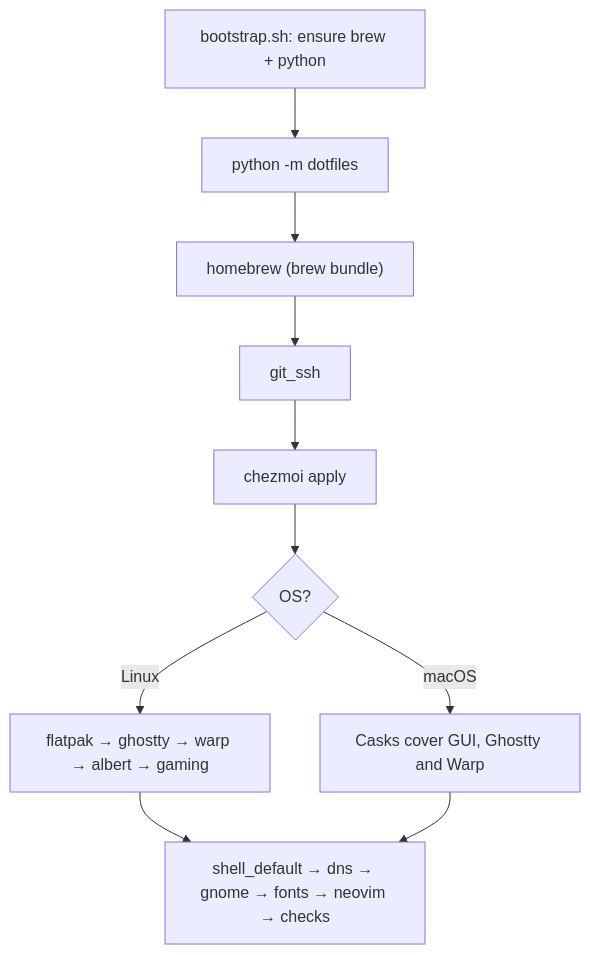
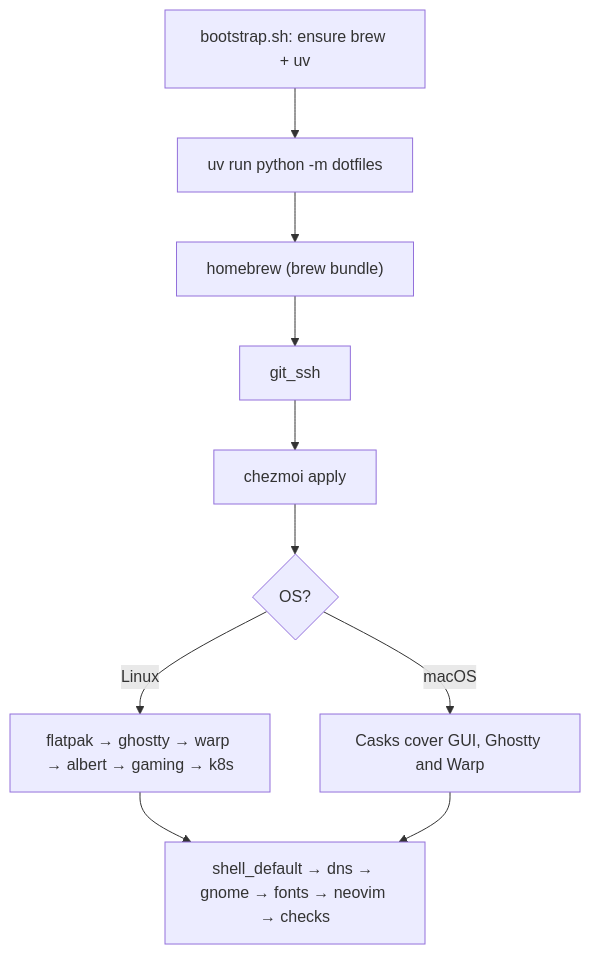
One commit to bourbonfgiles/dotfiles changed the diagram in readme.md. Above: the diagram before and after it, drawn with Mermaid. The commit also changed other lines of this file and 17 other files, not shown here.

````diff
--- a/readme.md
+++ b/readme.md
@@ -41,10 +42,10 @@
 ```mermaid
 flowchart TD
-  S[bootstrap.sh: ensure brew + python] --> M[python -m dotfiles]
+  S[bootstrap.sh: ensure brew + uv] --> M[uv run python -m dotfiles]
   M --> H["homebrew (brew bundle)"] --> G[git_ssh] --> C[chezmoi apply]
   C --> D{OS?}
-  D -->|Linux| E[flatpak → ghostty → warp → albert → gaming]
+  D -->|Linux| E[flatpak → ghostty → warp → albert → gaming → k8s]
   D -->|macOS| X[Casks cover GUI, Ghostty and Warp]
   E --> Z[shell_default → dns → gnome → fonts → neovim → checks]
   X --> Z
 ```
````
